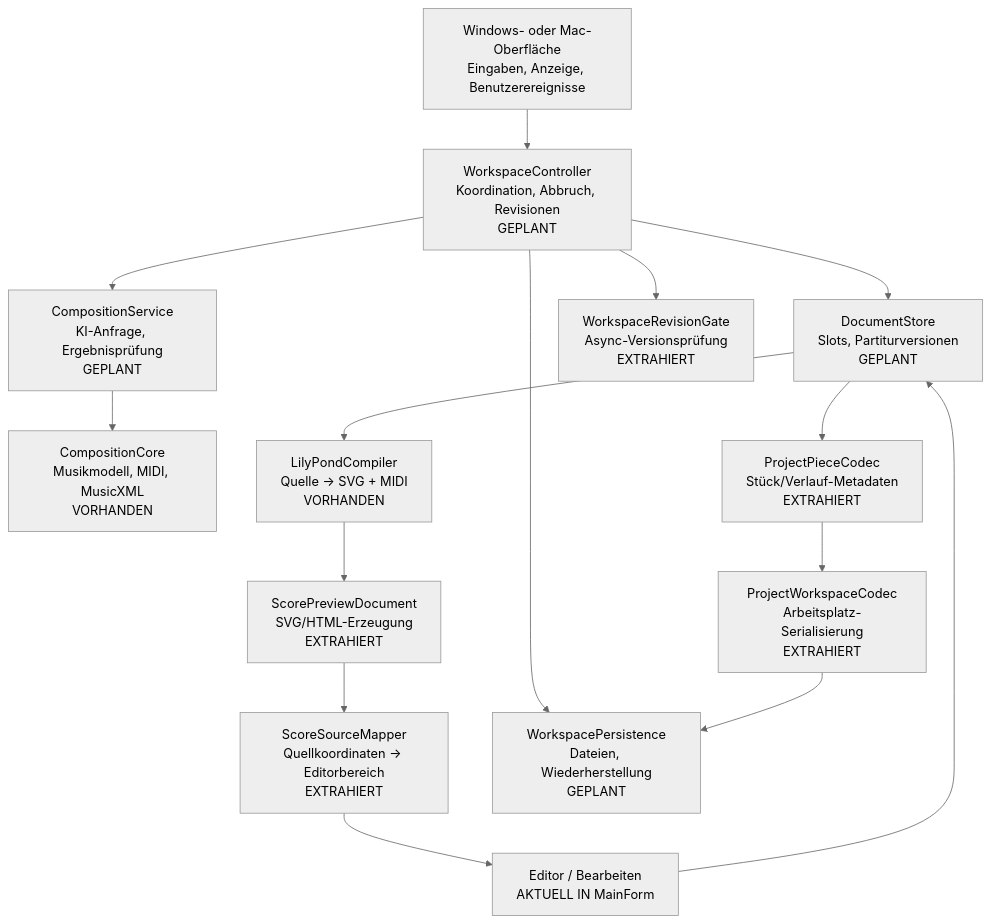
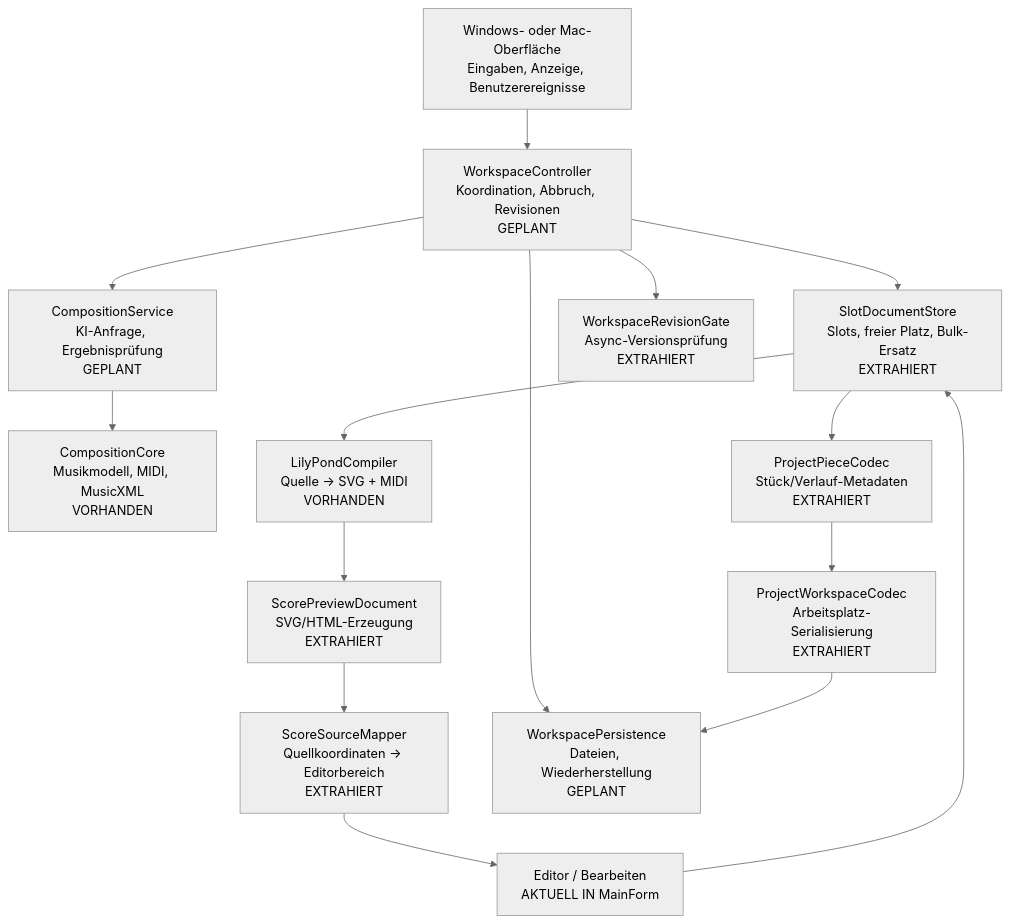
One commit to wibem1/Composition-Lab-Native changed the first of 2 diagrams in ARCHITECTURE-FLOW.md. Above: the diagram before and after it, drawn with Mermaid (neutral theme). The commit also changed other lines of this file, not shown here.

Commit message:
Document actual slot store APIs, bulk replacement invariant and remaining ownership limitations

````diff
--- a/ARCHITECTURE-FLOW.md
+++ b/ARCHITECTURE-FLOW.md
@@ -7,30 +7,30 @@
 ```mermaid
 flowchart TB
     GUI["Windows- oder Mac-Oberfläche\nEingaben, Anzeige, Benutzerereignisse"]
     WC["WorkspaceController\nKoordination, Abbruch, Revisionen\nGEPLANT"]
-    DOC["DocumentStore\nSlots, Partiturversionen\nGEPLANT"]
+    DOC["SlotDocumentStore\nSlots, freier Platz, Bulk-Ersatz\nEXTRAHIERT"]
     COMP["CompositionService\nKI-Anfrage, Ergebnisprüfung\nGEPLANT"]
     CORE["CompositionCore\nMusikmodell, MIDI, MusicXML\nVORHANDEN"]
     REND["LilyPondCompiler\nQuelle → SVG + MIDI\nVORHANDEN"]
     SVG["ScorePreviewDocument\nSVG/HTML-Erzeugung\nEXTRAHIERT"]
     MAP["ScoreSourceMapper\nQuellkoordinaten → Editorbereich\nEXTRAHIERT"]
     EDIT["Editor / Bearbeiten\nAKTUELL IN MainForm"]
     DISK["WorkspacePersistence\nDateien, Wiederherstellung\nGEPLANT"]
     CODEC["ProjectPieceCodec\nStück/Verlauf-Metadaten\nEXTRAHIERT"]
     WSC["ProjectWorkspaceCodec\nArbeitsplatz-Serialisierung\nEXTRAHIERT"]
     GATE["WorkspaceRevisionGate\nAsync-Versionsprüfung\nEXTRAHIERT"]
     GUI --> WC
     WC --> DOC
     WC --> GATE
     WC --> COMP
     COMP --> CORE
     DOC --> REND
     REND --> SVG
     SVG --> MAP
     MAP --> EDIT
     EDIT --> DOC
     WC --> DISK
     DOC --> CODEC
     CODEC --> WSC
     WSC --> DISK
 ```
````
